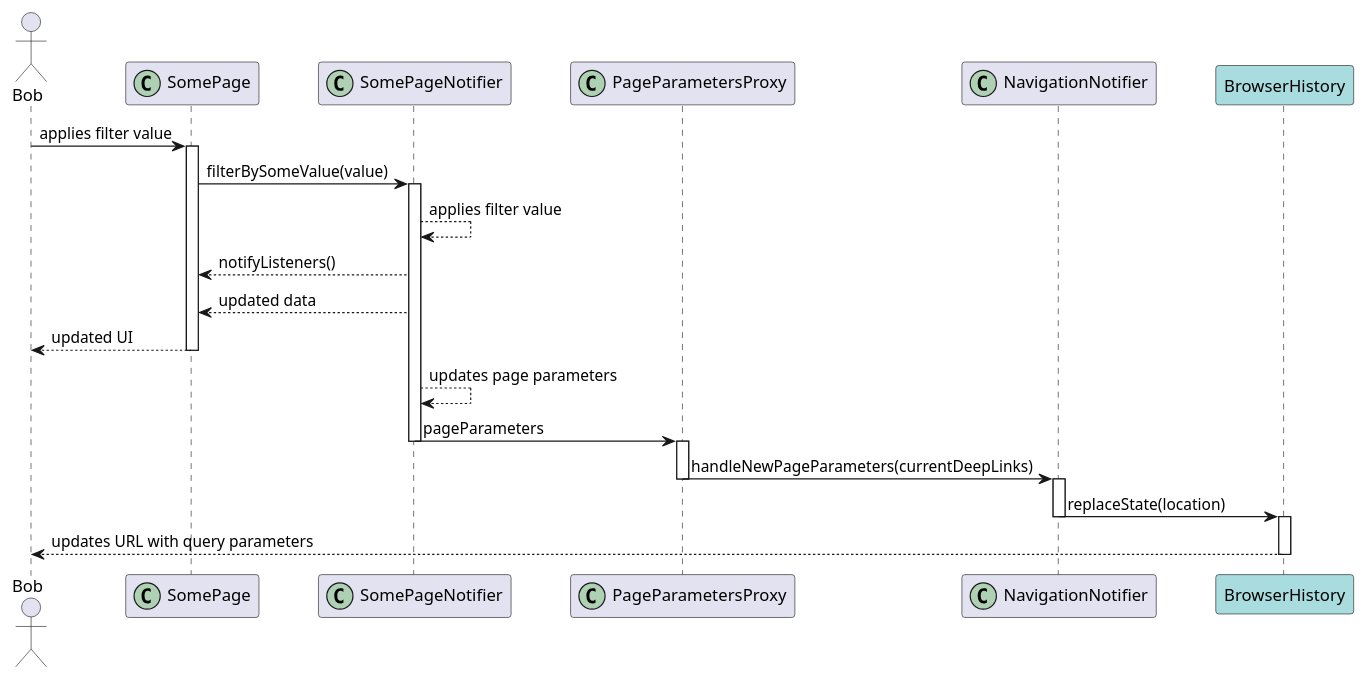
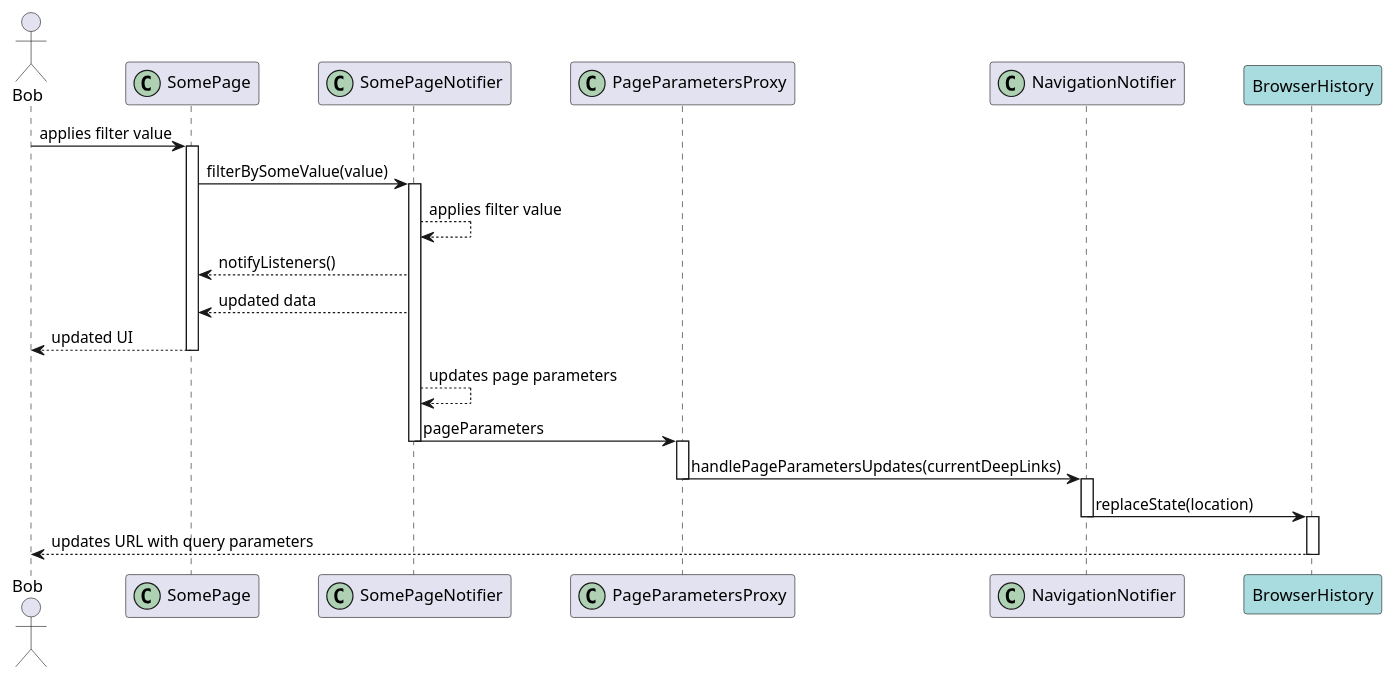
One commit to Flank/flank-dashboard changed the diagram in metrics/web/docs/features/deep_links/diagrams/updating_deep_links_sequence_diagram.puml. Above: the diagram before and after it, drawn with PlantUML. The commit also changed 2 other files, not shown here.

```diff
--- a/metrics/web/docs/features/deep_links/diagrams/updating_deep_links_sequence_diagram.puml
+++ b/metrics/web/docs/features/deep_links/diagrams/updating_deep_links_sequence_diagram.puml
@@ -1,43 +1,43 @@
 @startuml updating_deep_links_sequence_diagram
 skinparam ParticipantPadding 20
 skinparam BoxPadding 10
 
 actor Bob
 
 participant SomePage << (C,#ADD1B2) >>
 participant SomePageNotifier << (C,#ADD1B2) >>
 participant PageParametersProxy << (C,#ADD1B2) >>
 participant NavigationNotifier << (C,#ADD1B2) >>
 participant BrowserHistory #A9DCDF
 
 Bob -> SomePage : applies filter value
 activate SomePage
 
 SomePage -> SomePageNotifier : filterBySomeValue(value)
 activate SomePageNotifier
 
 SomePageNotifier --> SomePageNotifier : applies filter value
 SomePageNotifier --> SomePage : notifyListeners()
 SomePageNotifier --> SomePage : updated data
 SomePage --> Bob : updated UI
 deactivate SomePage
 
 SomePageNotifier --> SomePageNotifier : updates page parameters
 
 SomePageNotifier -> PageParametersProxy : pageParameters
 deactivate SomePageNotifier
 activate PageParametersProxy
 
-PageParametersProxy -> NavigationNotifier : handleNewPageParameters(currentDeepLinks)
+PageParametersProxy -> NavigationNotifier : handlePageParametersUpdates(currentDeepLinks)
 deactivate PageParametersProxy
 activate NavigationNotifier
 
 NavigationNotifier -> BrowserHistory : replaceState(location)
 deactivate NavigationNotifier
 
 activate BrowserHistory
 
 BrowserHistory --> Bob : updates URL with query parameters
 deactivate BrowserHistory
 
 @enduml
```
